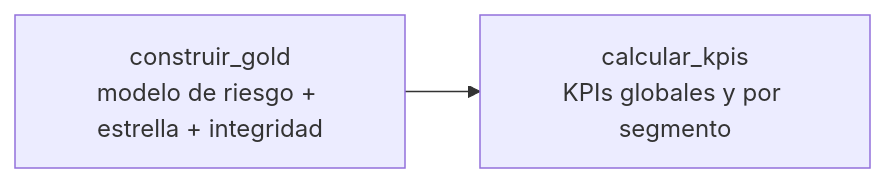
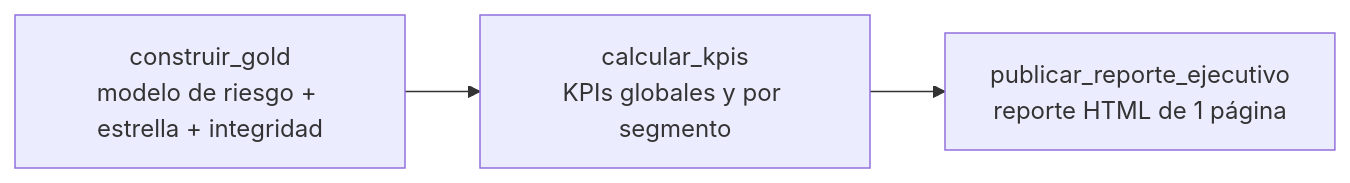
One commit to rodrigopinto56/PathData_backend changed the fourth of 5 diagrams in docs/01_arquitectura.md. Above: the diagram before and after it, drawn with Mermaid. The commit also changed other lines of this file and 12 other files, not shown here.

First line of the commit message:
feat: S13 dashboard ejecutivo v1 y reporte diario publicado

````diff
--- a/docs/01_arquitectura.md
+++ b/docs/01_arquitectura.md
@@ -130,4 +134,5 @@
 ```mermaid
 flowchart LR
     A[construir_gold<br/>modelo de riesgo + estrella + integridad] --> B[calcular_kpis<br/>KPIs globales y por segmento]
+    B --> C[publicar_reporte_ejecutivo<br/>reporte HTML de 1 página]
 ```
````
